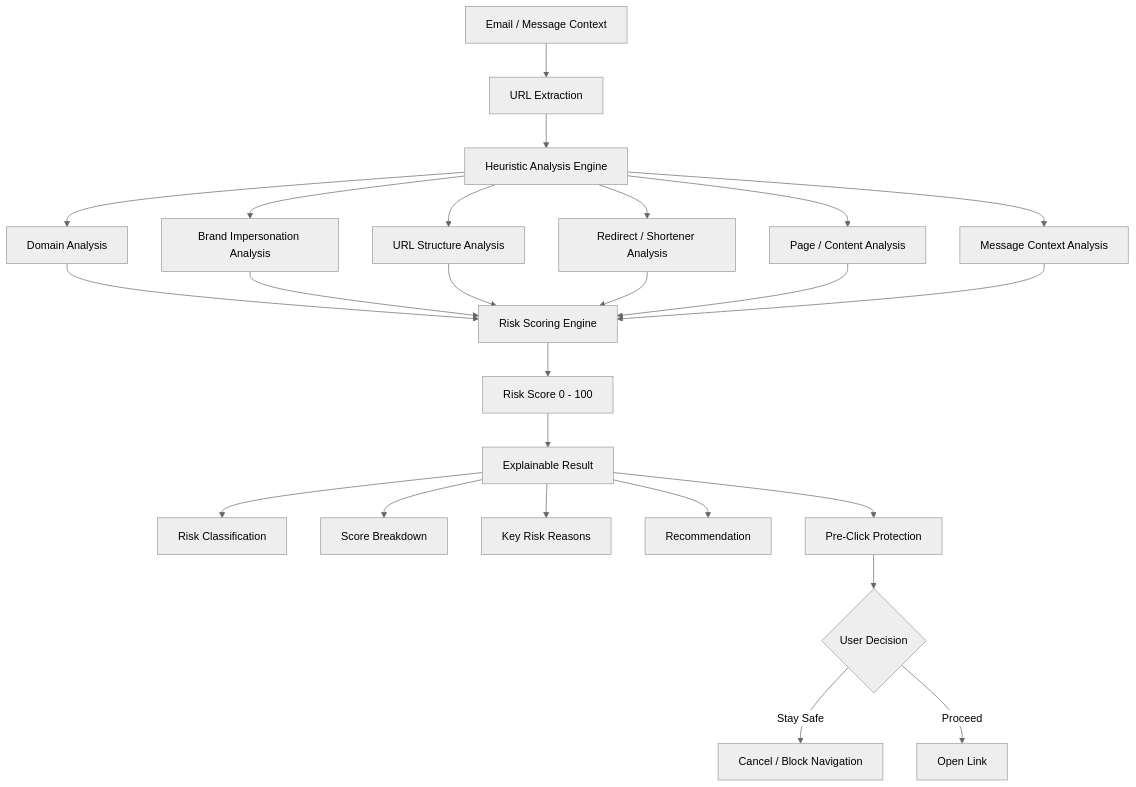
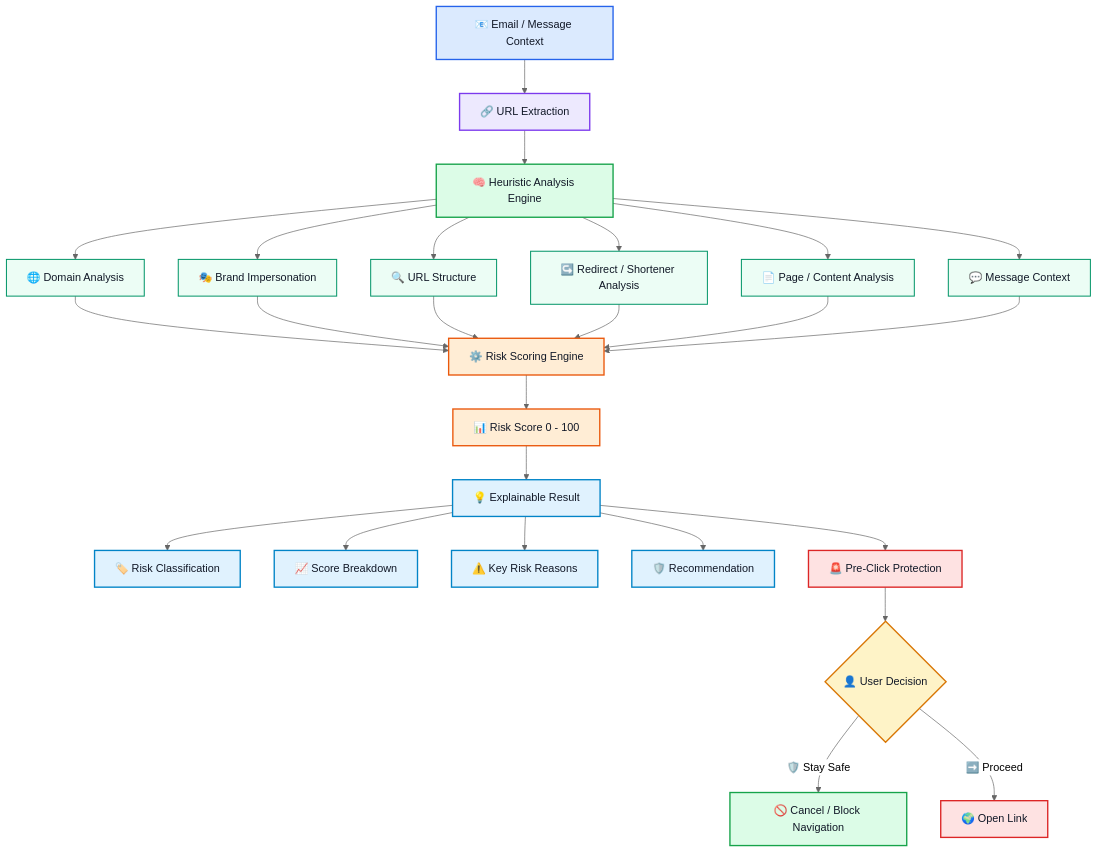
The diagram in README.md (suga-25/Pre-Click-Phishing-Detection-Engine), drawn with Mermaid (neutral theme) before and after one commit. The commit also changed other lines of this file, not shown here.

Commit message:
README.md

````diff
--- a/README.md
+++ b/README.md
@@ -63,38 +65,63 @@
 ```mermaid
 flowchart TD
 
-    A[Email / Message Context] --> B[URL Extraction]
+    A["📧 Email / Message Context"] --> B["🔗 URL Extraction"]
 
-    B --> C[Heuristic Analysis Engine]
+    B --> C["🧠 Heuristic Analysis Engine"]
 
-    C --> C1[Domain Analysis]
-    C --> C2[Brand Impersonation Analysis]
-    C --> C3[URL Structure Analysis]
-    C --> C4[Redirect / Shortener Analysis]
-    C --> C5[Page / Content Analysis]
-    C --> C6[Message Context Analysis]
+    C --> C1["🌐 Domain Analysis"]
+    C --> C2["🎭 Brand Impersonation"]
+    C --> C3["🔍 URL Structure"]
+    C --> C4["↪️ Redirect / Shortener Analysis"]
+    C --> C5["📄 Page / Content Analysis"]
+    C --> C6["💬 Message Context"]
 
-    C1 --> D[Risk Scoring Engine]
+    C1 --> D["⚙️ Risk Scoring Engine"]
     C2 --> D
     C3 --> D
     C4 --> D
     C5 --> D
     C6 --> D
 
-    D --> E[Risk Score 0 - 100]
+    D --> E["📊 Risk Score 0 - 100"]
 
-    E --> F[Explainable Result]
+    E --> F["💡 Explainable Result"]
 
-    F --> F1[Risk Classification]
-    F --> F2[Score Breakdown]
-    F --> F3[Key Risk Reasons]
-    F --> F4[Recommendation]
+    F --> F1["🏷️ Risk Classification"]
+    F --> F2["📈 Score Breakdown"]
+    F --> F3["⚠️ Key Risk Reasons"]
+    F --> F4["🛡️ Recommendation"]
 
-    F --> G[Pre-Click Protection]
+    F --> G["🚨 Pre-Click Protection"]
 
-    G --> H{User Decision}
+    G --> H{"👤 User Decision"}
 
-    H -->|Stay Safe| I[Cancel / Block Navigation]
-    H -->|Proceed| J[Open Link]
+    H -->|"🛡️ Stay Safe"| I["🚫 Cancel / Block Navigation"]
+    H -->|"➡️ Proceed"| J["🌍 Open Link"]
 
+
+    %% Node Styles
+    classDef input fill:#dbeafe,stroke:#2563eb,stroke-width:2px,color:#111827;
+    classDef extraction fill:#ede9fe,stroke:#7c3aed,stroke-width:2px,color:#111827;
+    classDef engine fill:#dcfce7,stroke:#16a34a,stroke-width:2px,color:#111827;
+    classDef analysis fill:#ecfdf5,stroke:#059669,stroke-width:1.5px,color:#111827;
+    classDef scoring fill:#ffedd5,stroke:#ea580c,stroke-width:2px,color:#111827;
+    classDef explain fill:#e0f2fe,stroke:#0284c7,stroke-width:2px,color:#111827;
+    classDef protection fill:#fee2e2,stroke:#dc2626,stroke-width:2px,color:#111827;
+    classDef decision fill:#fef3c7,stroke:#d97706,stroke-width:2px,color:#111827;
+    classDef safe fill:#dcfce7,stroke:#16a34a,stroke-width:2px,color:#111827;
+    classDef danger fill:#fee2e2,stroke:#dc2626,stroke-width:2px,color:#111827;
+
+
+    %% Apply Styles
+    class A input;
+    class B extraction;
+    class C engine;
+    class C1,C2,C3,C4,C5,C6 analysis;
+    class D,E scoring;
+    class F,F1,F2,F3,F4 explain;
+    class G protection;
+    class H decision;
+    class I safe;
+    class J danger;
 ```
````
